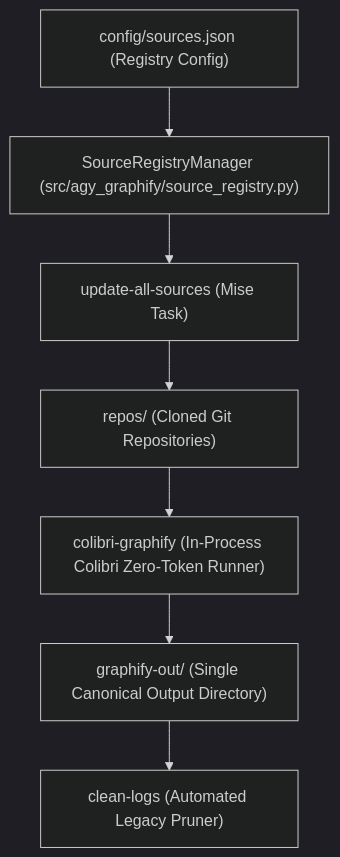
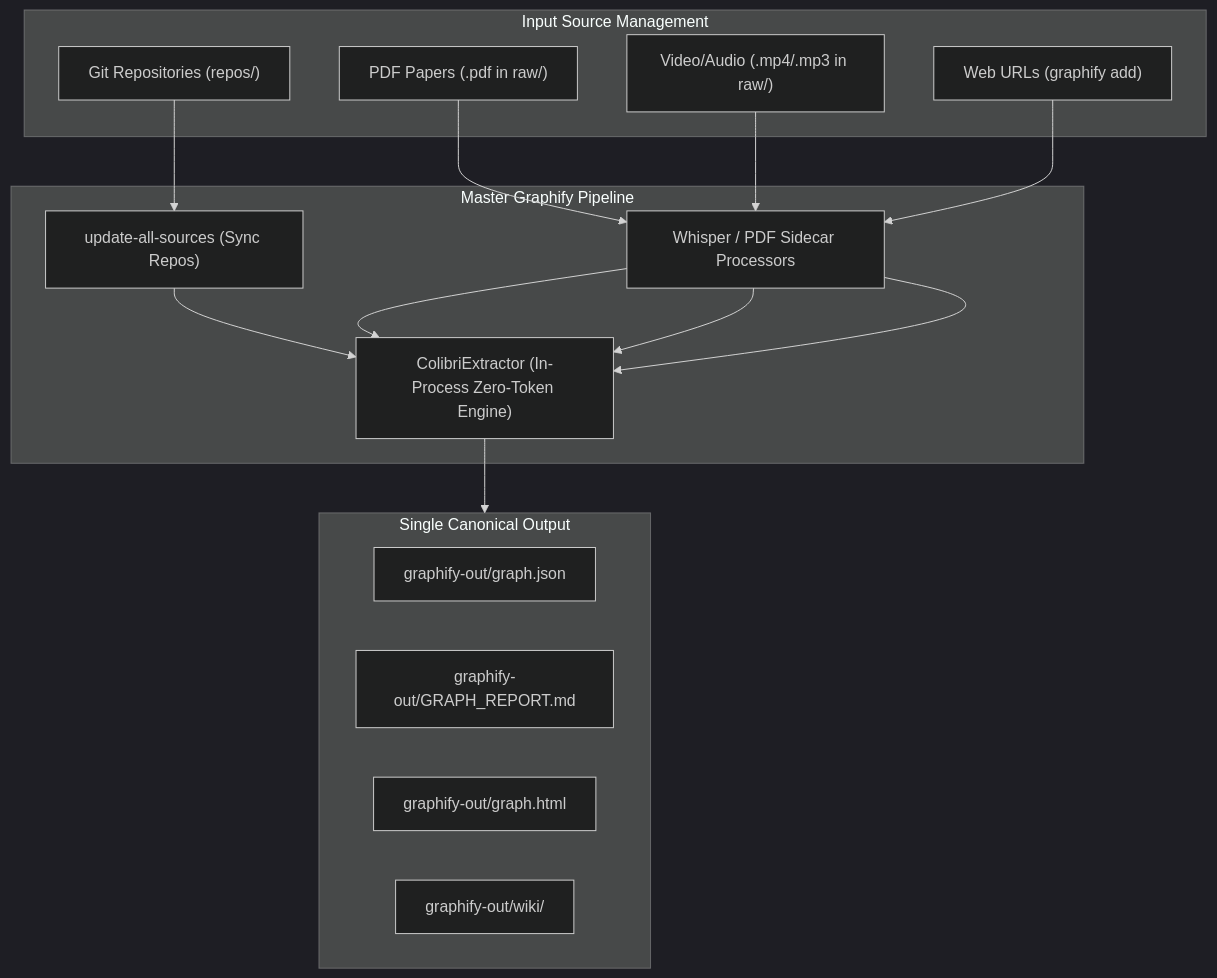
One commit to ray-manaloto/agy-graphify-research changed the diagram in docs/graphify_sources_proposal_architecture.md. Above: the diagram before and after it, drawn with Mermaid (dark theme). The commit also changed other lines of this file and 31 other files, not shown here.

````diff
--- a/docs/graphify_sources_proposal_architecture.md
+++ b/docs/graphify_sources_proposal_architecture.md
@@ -39,9 +61,28 @@
 ```mermaid
 flowchart TD
-    A["config/sources.json (Registry Config)"] --> B["SourceRegistryManager (src/agy_graphify/source_registry.py)"]
-    B --> C["update-all-sources (Mise Task)"]
-    C --> D["repos/ (Cloned Git Repositories)"]
-    D --> E["colibri-graphify (In-Process Colibri Zero-Token Runner)"]
-    E --> F["graphify-out/ (Single Canonical Output Directory)"]
-    F --> G["clean-logs (Automated Legacy Pruner)"]
+    subgraph Sources [Input Source Management]
+        A1["Git Repositories (repos/)"]
+        A2["PDF Papers (.pdf in raw/)"]
+        A3["Video/Audio (.mp4/.mp3 in raw/)"]
+        A4["Web URLs (graphify add)"]
+    end
+
+    subgraph Pipeline [Master Graphify Pipeline]
+        B1["update-all-sources (Sync Repos)"]
+        B2["Whisper / PDF Sidecar Processors"]
+        B3["ColibriExtractor (In-Process Zero-Token Engine)"]
+    end
+
+    subgraph Output [Single Canonical Output]
+        C1["graphify-out/graph.json"]
+        C2["graphify-out/GRAPH_REPORT.md"]
+        C3["graphify-out/graph.html"]
+        C4["graphify-out/wiki/"]
+    end
+
+    A1 --> B1 --> B3
+    A2 --> B2 --> B3
+    A3 --> B2 --> B3
+    A4 --> B2 --> B3
+    B3 --> Output
 ```
````
